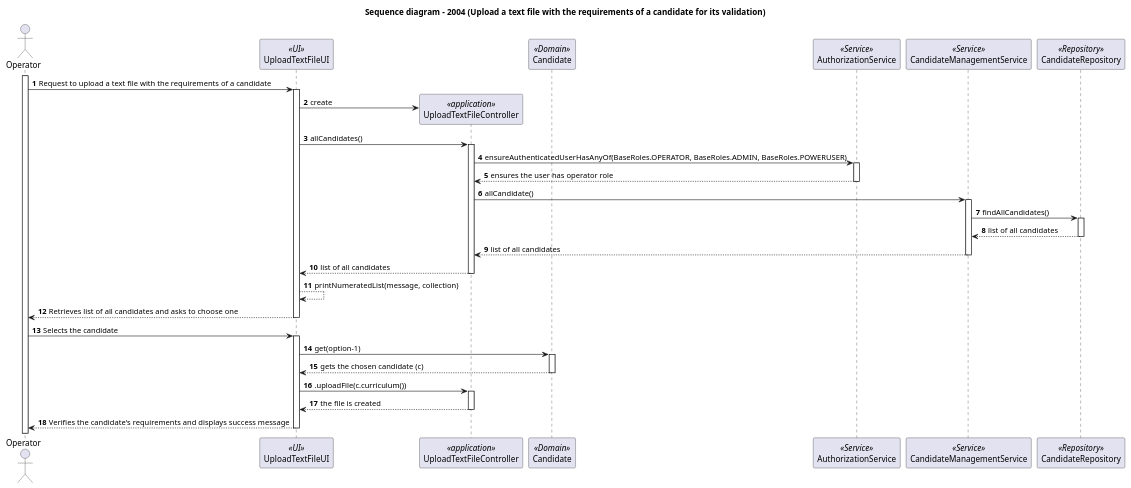
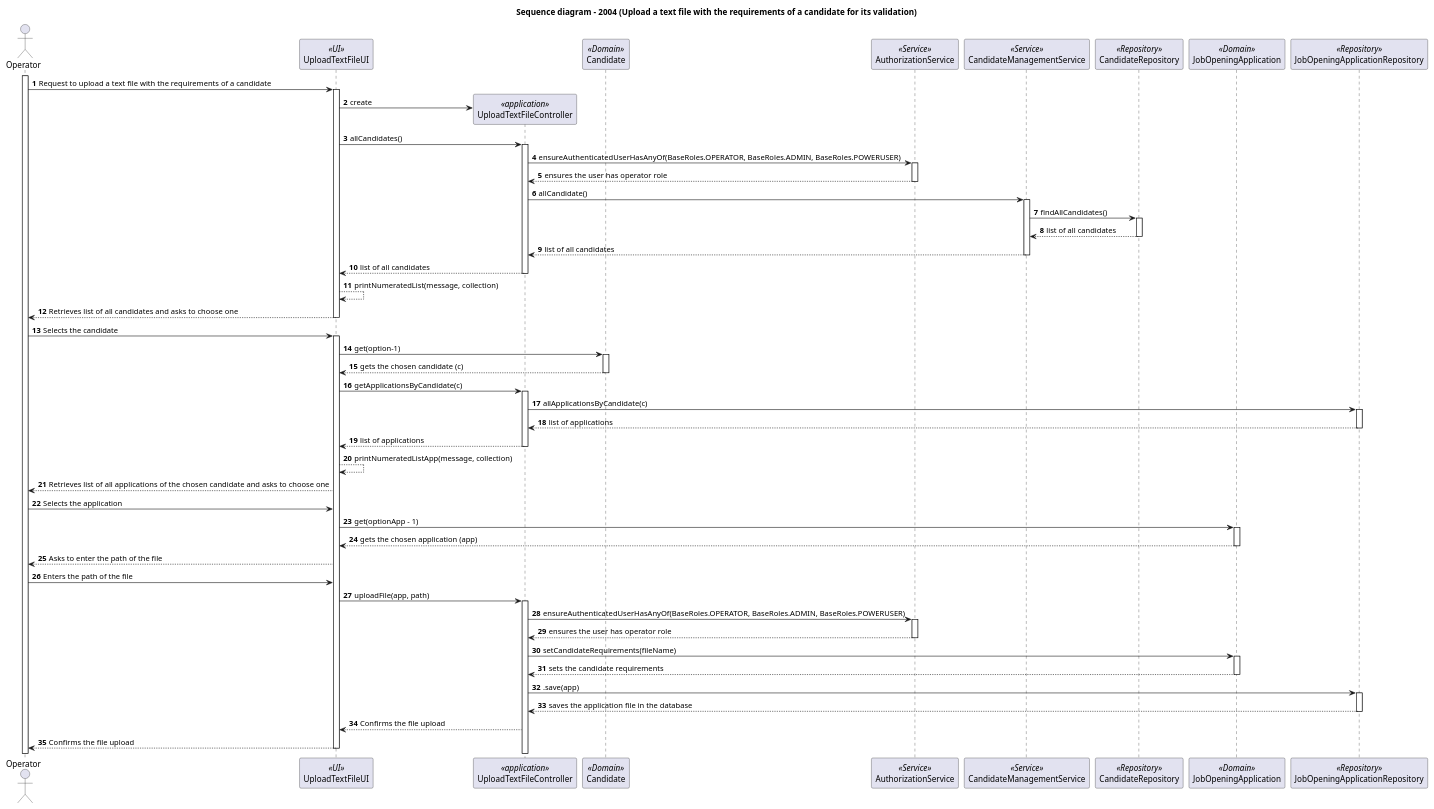
Before and after one commit to marcoferreira37/Lapr4: the diagram in docs/sprintC/2004/puml/2004-sequence-diagram.puml, drawn with PlantUML.

Commit message:
#48 sd last change done

```diff
--- a/docs/sprintC/2004/puml/2004-sequence-diagram.puml
+++ b/docs/sprintC/2004/puml/2004-sequence-diagram.puml
@@ -1,49 +1,78 @@
 @startuml
 autonumber
 
 title "Sequence diagram - 2004 (Upload a text file with the requirements of a candidate for its validation)"
 actor Operator as Operator
 participant UploadTextFileUI as UI <<UI>>
 participant "UploadTextFileController" as CTRL <<application>>
 participant "Candidate" as C <<Domain>>
 participant "AuthorizationService" as AS <<Service>>
 participant "CandidateManagementService" as CMS <<Service>>
 participant "CandidateRepository" as CREPO <<Repository>>
-
+participant "JobOpeningApplication" as JOA <<Domain>>
+participant "JobOpeningApplicationRepository" as JOREPO <<Repository>>
 activate Operator
 Operator -> UI: Request to upload a text file with the requirements of a candidate
 activate UI
 UI-> CTRL**: create
 UI->CTRL:allCandidates()
 activate CTRL
 CTRL->AS:ensureAuthenticatedUserHasAnyOf(BaseRoles.OPERATOR, BaseRoles.ADMIN, BaseRoles.POWERUSER)
 activate AS
 AS--> CTRL: ensures the user has operator role
 deactivate AS
 CTRL->CMS:allCandidate()
 activate CMS
 CMS-> CREPO:findAllCandidates()
 activate CREPO
 CREPO--> CMS:list of all candidates
 deactivate CREPO
 CMS-->CTRL : list of all candidates
 deactivate CMS
 CTRL--> UI: list of all candidates
 deactivate CTRL
 UI-->UI:printNumeratedList(message, collection)
 UI --> Operator: Retrieves list of all candidates and asks to choose one
 deactivate UI
 Operator -> UI: Selects the candidate
 activate UI
 UI->C: get(option-1)
 activate C
 C--> UI: gets the chosen candidate (c)
 deactivate C
-UI->CTRL:.uploadFile(c.curriculum())
+UI->CTRL:getApplicationsByCandidate(c)
 activate CTRL
-CTRL--> UI: the file is created
+CTRL-> JOREPO: allApplicationsByCandidate(c)
+activate JOREPO
+JOREPO-->CTRL: list of applications
+deactivate JOREPO
+CTRL--> UI: list of applications
 deactivate CTRL
-UI --> Operator: Verifies the candidate's requirements and displays success message
+UI-->UI:printNumeratedListApp(message, collection)
+UI--> Operator: Retrieves list of all applications of the chosen candidate and asks to choose one
+Operator->UI: Selects the application
+UI-> JOA: get(optionApp - 1)
+activate JOA
+JOA --> UI: gets the chosen application (app)
+deactivate JOA
+UI-->Operator: Asks to enter the path of the file
+Operator-> UI: Enters the path of the file
+UI->CTRL:uploadFile(app, path)
+activate CTRL
+CTRL->AS : ensureAuthenticatedUserHasAnyOf(BaseRoles.OPERATOR, BaseRoles.ADMIN, BaseRoles.POWERUSER)
+activate AS
+AS-->CTRL: ensures the user has operator role
+deactivate AS
+CTRL-> JOA:setCandidateRequirements(fileName)
+activate JOA
+JOA-->CTRL: sets the candidate requirements
+deactivate JOA
+CTRL-> JOREPO:.save(app)
+activate JOREPO
+JOREPO-->CTRL: saves the application file in the database
+deactivate JOREPO
+CTRL-->UI : Confirms the file upload
+UI --> Operator: Confirms the file upload
 deactivate UI
 
 @enduml
```
